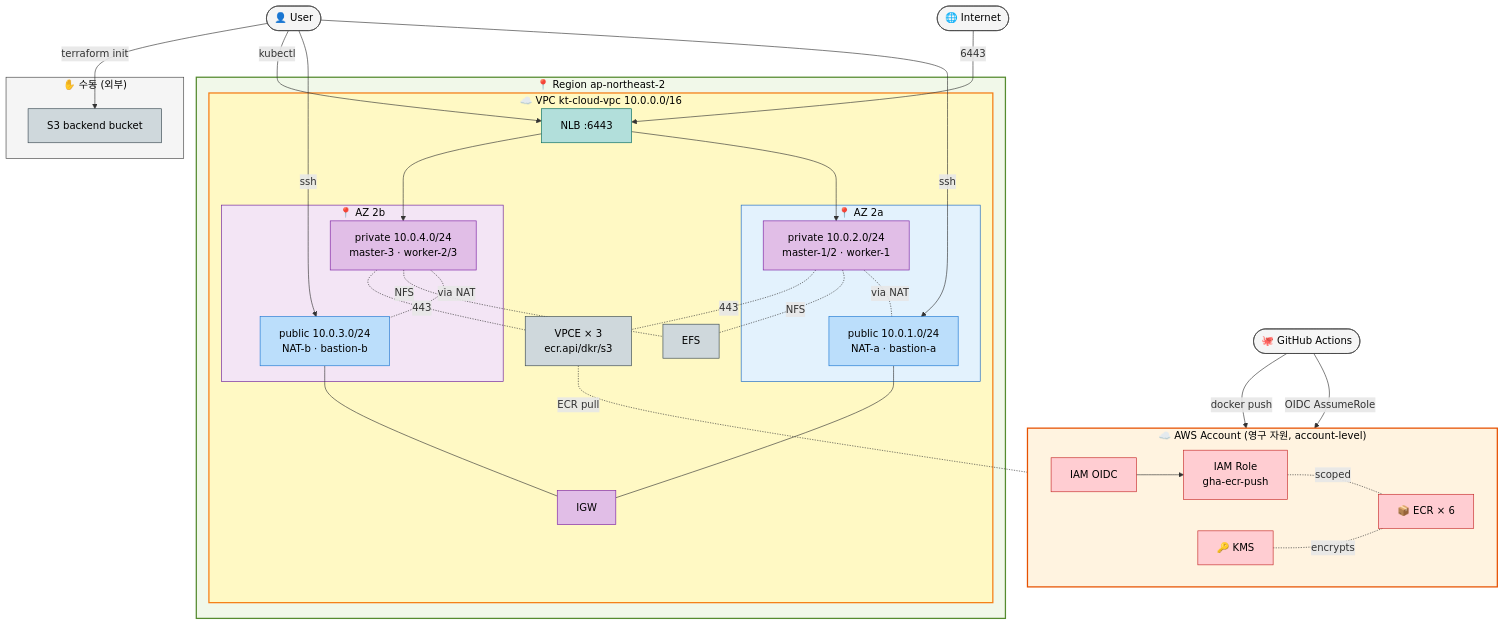
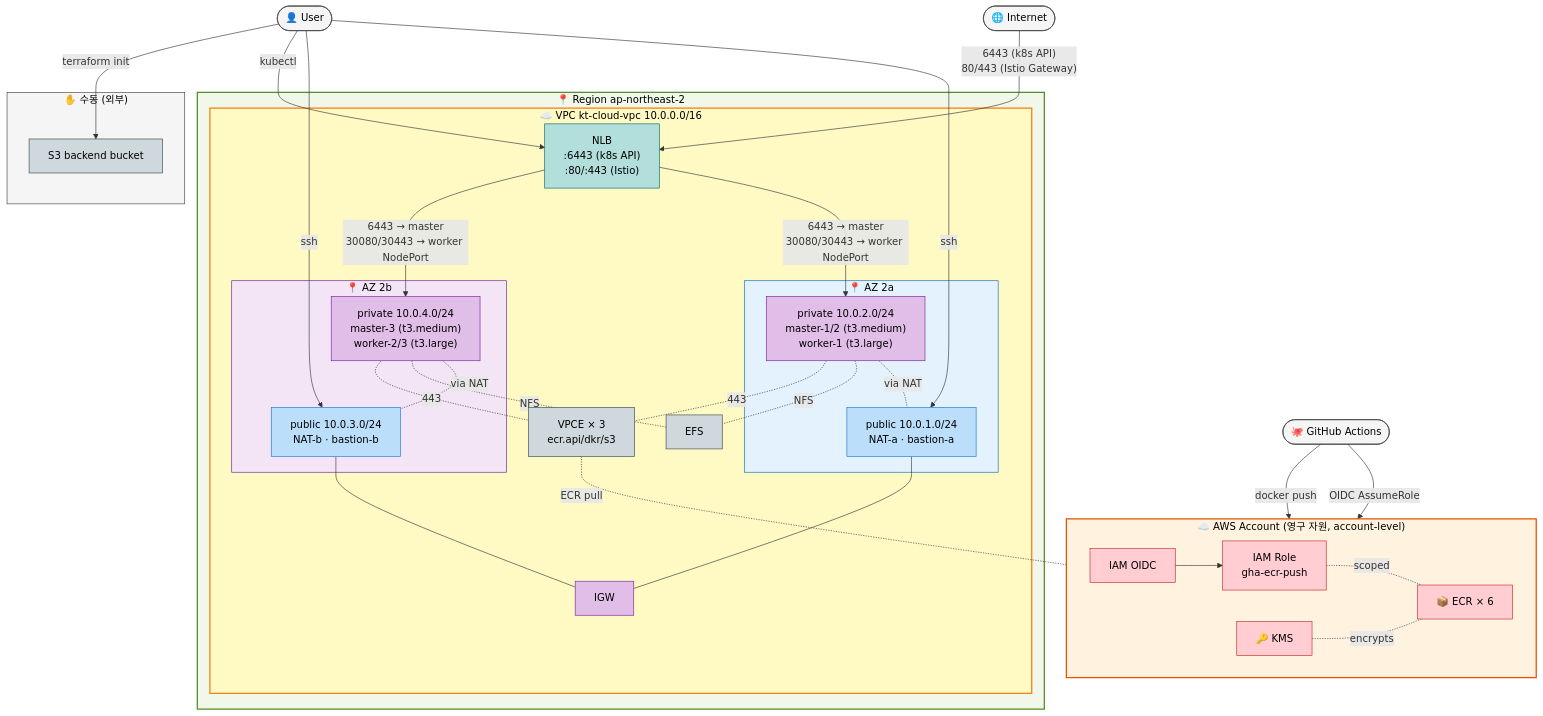
One commit to KTCloud-CloudNative-Troica-Team/msa-argocd-manifest changed the seventh of 7 diagrams in docs/images/AWS-architecture.md. Above: the diagram before and after it, drawn with Mermaid. The commit also changed other lines of this file, not shown here.

First line of the commit message:
docs(images): AWS-architecture.md PR #22 + R-59 변경 반영

```diff
--- a/docs/images/AWS-architecture.md
+++ b/docs/images/AWS-architecture.md
@@ -441,18 +457,18 @@
   subgraph Region["📍 Region ap-northeast-2"]
     subgraph VPCBox["☁️ VPC kt-cloud-vpc 10.0.0.0/16"]
       IGW["IGW"]
-      NLB["NLB :6443"]
+      NLB["NLB<br/>:6443 (k8s API)<br/>:80/:443 (Istio)"]
       EFS["EFS"]
       VPCE["VPCE × 3<br/>ecr.api/dkr/s3"]
 
       subgraph A2A["📍 AZ 2a"]
         PubA["public 10.0.1.0/24<br/>NAT-a · bastion-a"]
-        PriA["private 10.0.2.0/24<br/>master-1/2 · worker-1"]
+        PriA["private 10.0.2.0/24<br/>master-1/2 (t3.medium)<br/>worker-1 (t3.large)"]
       end
 
       subgraph A2B["📍 AZ 2b"]
         PubB["public 10.0.3.0/24<br/>NAT-b · bastion-b"]
-        PriB["private 10.0.4.0/24<br/>master-3 · worker-2/3"]
+        PriB["private 10.0.4.0/24<br/>master-3 (t3.medium)<br/>worker-2/3 (t3.large)"]
       end
     end
   end
@@ -466,9 +482,9 @@
   User -->|ssh| PubA
   User -->|ssh| PubB
   User -->|kubectl| NLB
-  Internet -->|6443| NLB
-  NLB --> PriA
-  NLB --> PriB
+  Internet -->|"6443 (k8s API)<br/>80/443 (Istio Gateway)"| NLB
+  NLB -->|"6443 → master<br/>30080/30443 → worker NodePort"| PriA
+  NLB -->|"6443 → master<br/>30080/30443 → worker NodePort"| PriB
   PubA --- IGW
   PubB --- IGW
   PriA -.via NAT.- PubA
```
